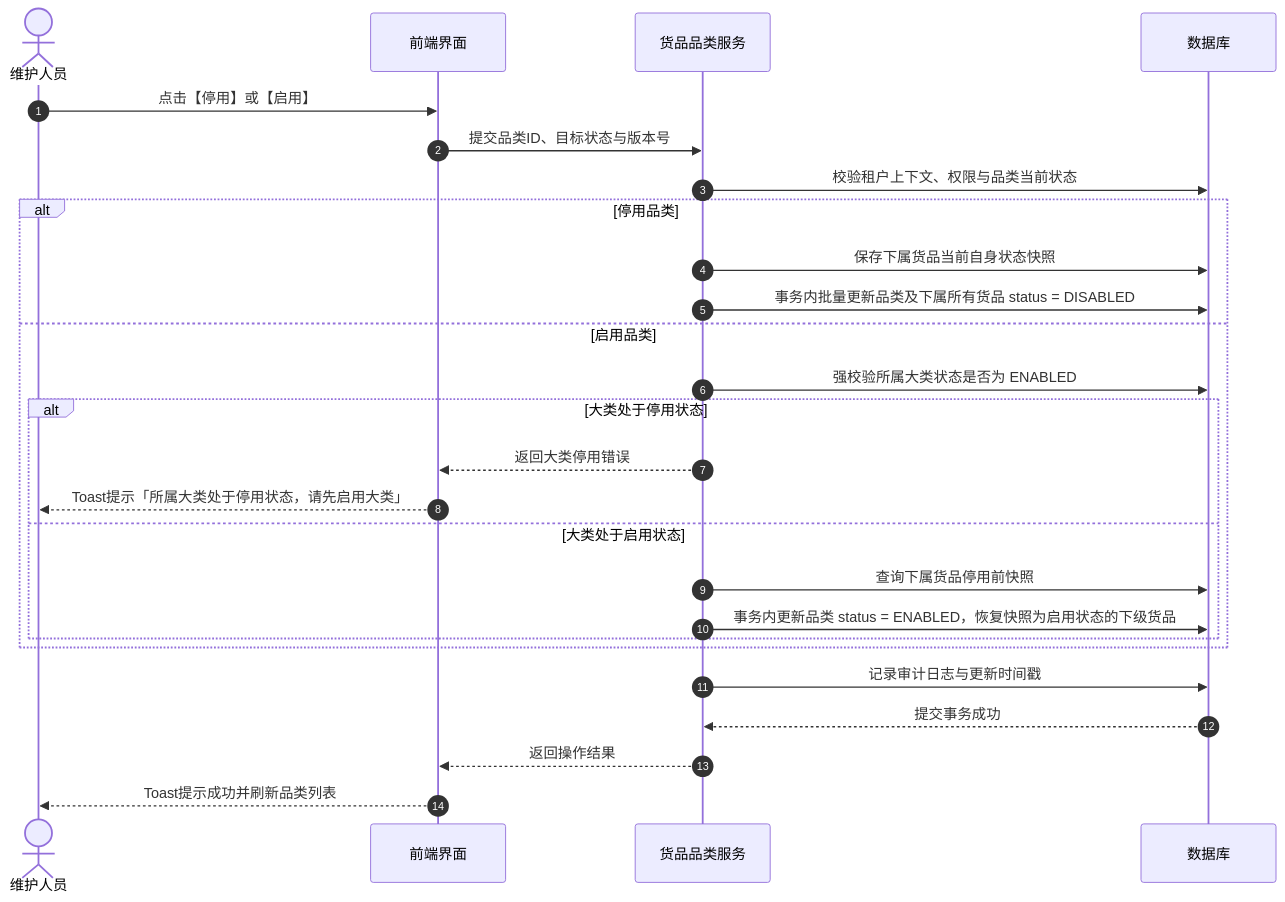
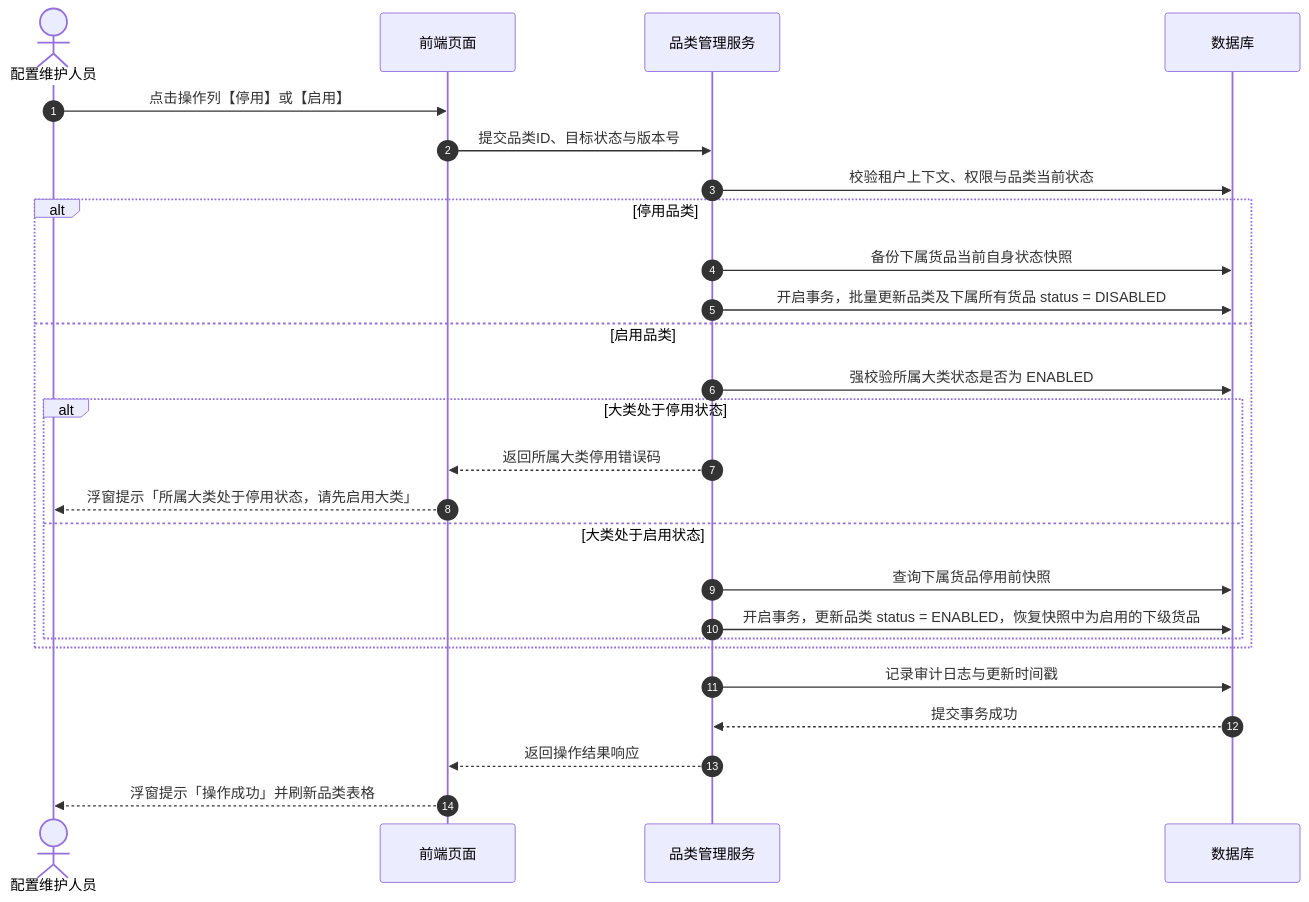
The second of 3 diagrams in 02-PRD文档/🌟🌟🌟-最新基准版/B端PC/08-配置管理/13-货品规格管理-品类管理/品类管理业务规则规格.md (RobertHuang999/SYZC), drawn with Mermaid before and after one commit. The commit also changed other lines of this file and 264 other files, not shown here.

````diff
--- a/02-PRD文档/🌟🌟🌟-最新基准版/B端PC/08-配置管理/13-货品规格管理-品类管理/品类管理业务规则规格.md
+++ b/02-PRD文档/🌟🌟🌟-最新基准版/B端PC/08-配置管理/13-货品规格管理-品类管理/品类管理业务规则规格.md
@@ -134,29 +140,29 @@
 ```mermaid
 sequenceDiagram
     autonumber
-    actor U as 维护人员
-    participant F as 前端界面
-    participant B as 货品品类服务
+    actor U as 配置维护人员
+    participant F as 前端页面
+    participant B as 品类管理服务
     participant DB as 数据库
 
-    U->>F: 点击【停用】或【启用】
+    U->>F: 点击操作列【停用】或【启用】
     F->>B: 提交品类ID、目标状态与版本号
     B->>DB: 校验租户上下文、权限与品类当前状态
     alt 停用品类
-        B->>DB: 保存下属货品当前自身状态快照
-        B->>DB: 事务内批量更新品类及下属所有货品 status = DISABLED
+        B->>DB: 备份下属货品当前自身状态快照
+        B->>DB: 开启事务，批量更新品类及下属所有货品 status = DISABLED
     else 启用品类
         B->>DB: 强校验所属大类状态是否为 ENABLED
         alt 大类处于停用状态
-            B-->>F: 返回大类停用错误
-            F-->>U: Toast提示「所属大类处于停用状态，请先启用大类」
+            B-->>F: 返回所属大类停用错误码
+            F-->>U: 浮窗提示「所属大类处于停用状态，请先启用大类」
         else 大类处于启用状态
             B->>DB: 查询下属货品停用前快照
-            B->>DB: 事务内更新品类 status = ENABLED，恢复快照为启用状态的下级货品
+            B->>DB: 开启事务，更新品类 status = ENABLED，恢复快照中为启用的下级货品
         end
     end
     B->>DB: 记录审计日志与更新时间戳
     DB-->>B: 提交事务成功
-    B-->>F: 返回操作结果
-    F-->>U: Toast提示成功并刷新品类列表
+    B-->>F: 返回操作结果响应
+    F-->>U: 浮窗提示「操作成功」并刷新品类表格
 ```
````
